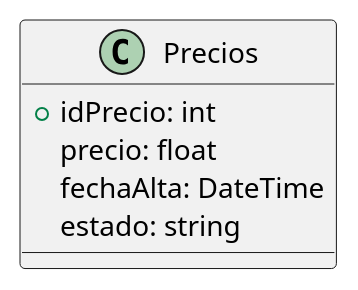
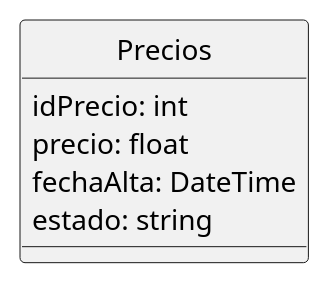
Before and after one commit to ZMGestion/DocumentacionZMGestion: the diagram in DiagramaClases/Clases/Precios.puml, drawn with PlantUML. The commit also changed 122 other files, not shown here.

```diff
--- a/DiagramaClases/Clases/Precios.puml
+++ b/DiagramaClases/Clases/Precios.puml
@@ -1,8 +1,9 @@
 @startuml Precios
+hide circle
 class Precios{
-    +idPrecio: int
+    idPrecio: int
     precio: float
     fechaAlta: DateTime
     estado: string
 }
 @enduml
```
